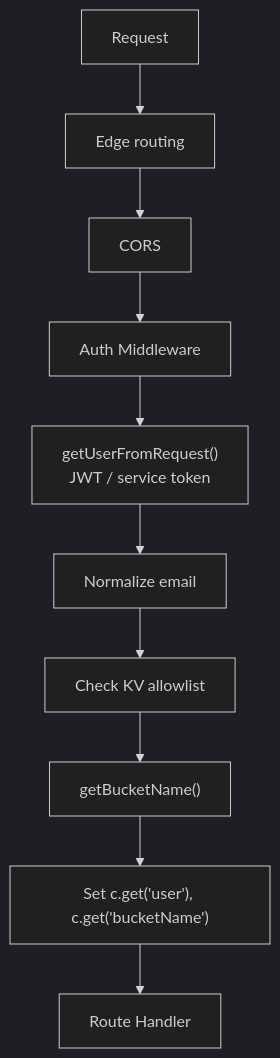
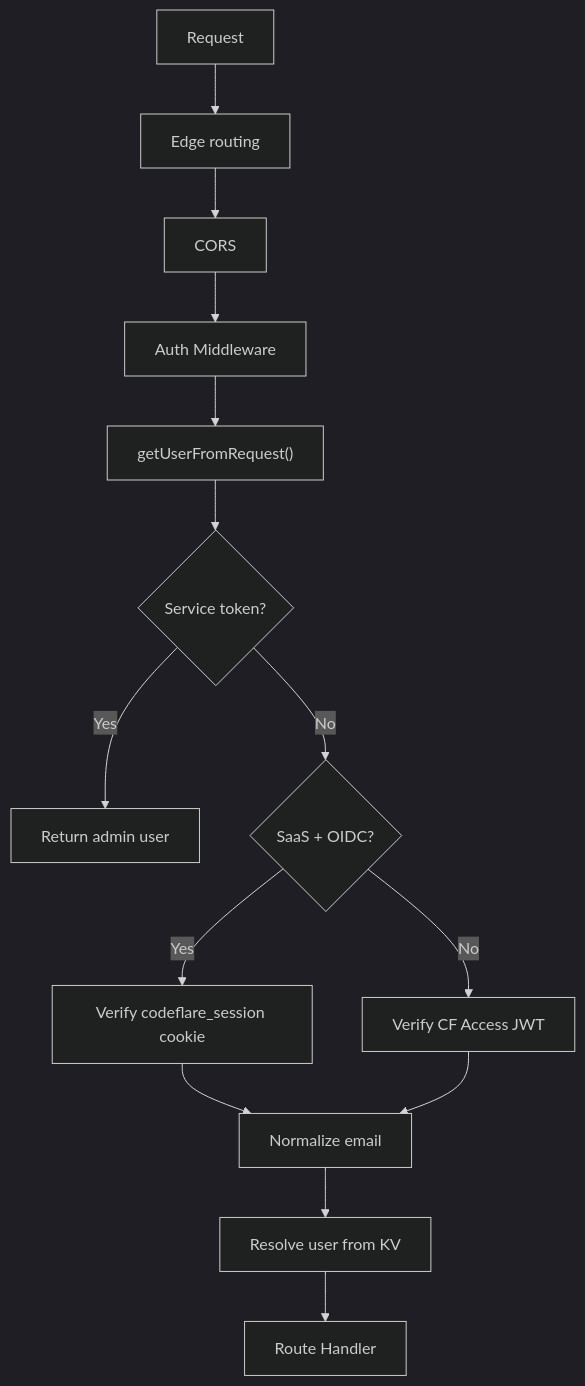
Diagram 11 of 14 in TECHNICAL.md (nikolanovoselec/codeflare), drawn with Mermaid (dark theme) before and after one commit. The commit also changed other lines of this file, not shown here.

First line of the commit message:
docs: TECHNICAL.md — GitHub OIDC auth, capacity cap, webhook routing, Team tier ADs

````diff
--- a/TECHNICAL.md
+++ b/TECHNICAL.md
@@ -664,12 +705,16 @@
 ```mermaid
 flowchart TD
     A[Request] --> B[Edge routing]
     B --> C[CORS]
     C --> D[Auth Middleware]
-    D --> E["getUserFromRequest()<br/>JWT / service token"]
-    E --> F[Normalize email]
-    F --> G[Check KV allowlist]
-    G --> H["getBucketName()"]
-    H --> I["Set c.get('user'), c.get('bucketName')"]
-    I --> J[Route Handler]
+    D --> E["getUserFromRequest()"]
+    E --> F{Service token?}
+    F -->|Yes| G[Return admin user]
+    F -->|No| H{SaaS + OIDC?}
+    H -->|Yes| I[Verify codeflare_session cookie]
+    H -->|No| J[Verify CF Access JWT]
+    I --> K[Normalize email]
+    J --> K
+    K --> L[Resolve user from KV]
+    L --> M[Route Handler]
 ```
````
